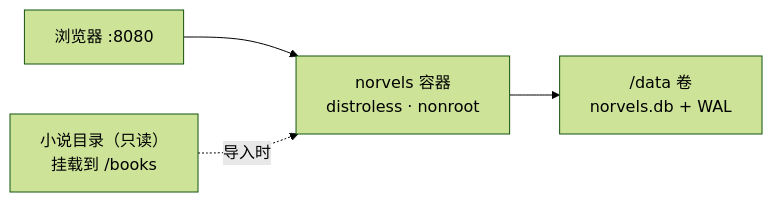
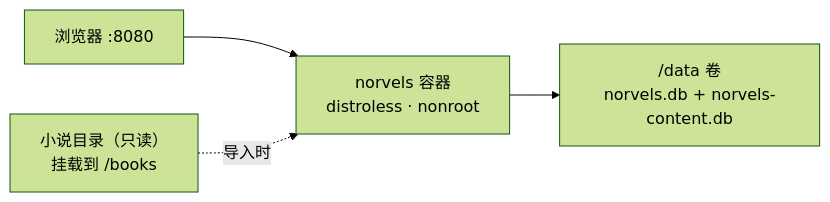
One commit to baosfeng/norvels changed the second of 2 diagrams in README.md. Above: the diagram before and after it, drawn with Mermaid (forest theme). The commit also changed other lines of this file and 54 other files, not shown here.

First line of the commit message:
feat(store): 正文表拆到独立文件 norvels-content.db（迁移 0018）

````diff
--- a/README.md
+++ b/README.md
@@ -33,6 +34,6 @@
 ```mermaid
 flowchart LR
   U["浏览器 :8080"] --> C["norvels 容器<br/>distroless · nonroot"]
-  C --> V["/data 卷<br/>norvels.db + WAL"]
+  C --> V["/data 卷<br/>norvels.db + norvels-content.db"]
   S["小说目录（只读）<br/>挂载到 /books"] -.导入时.-> C
 ```
````
